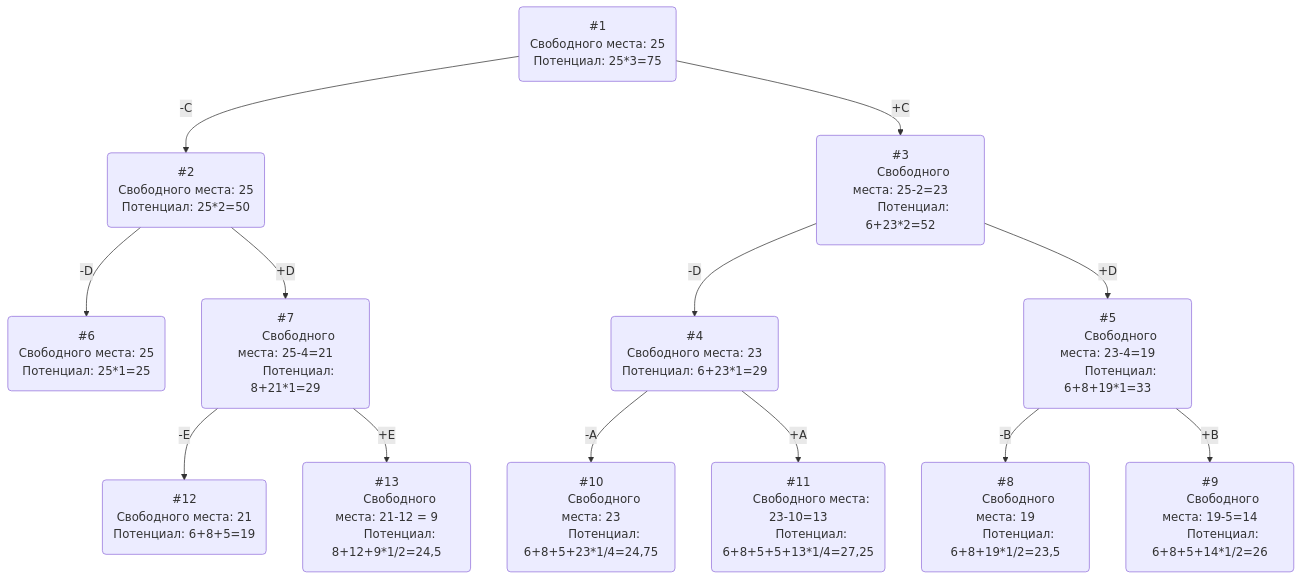
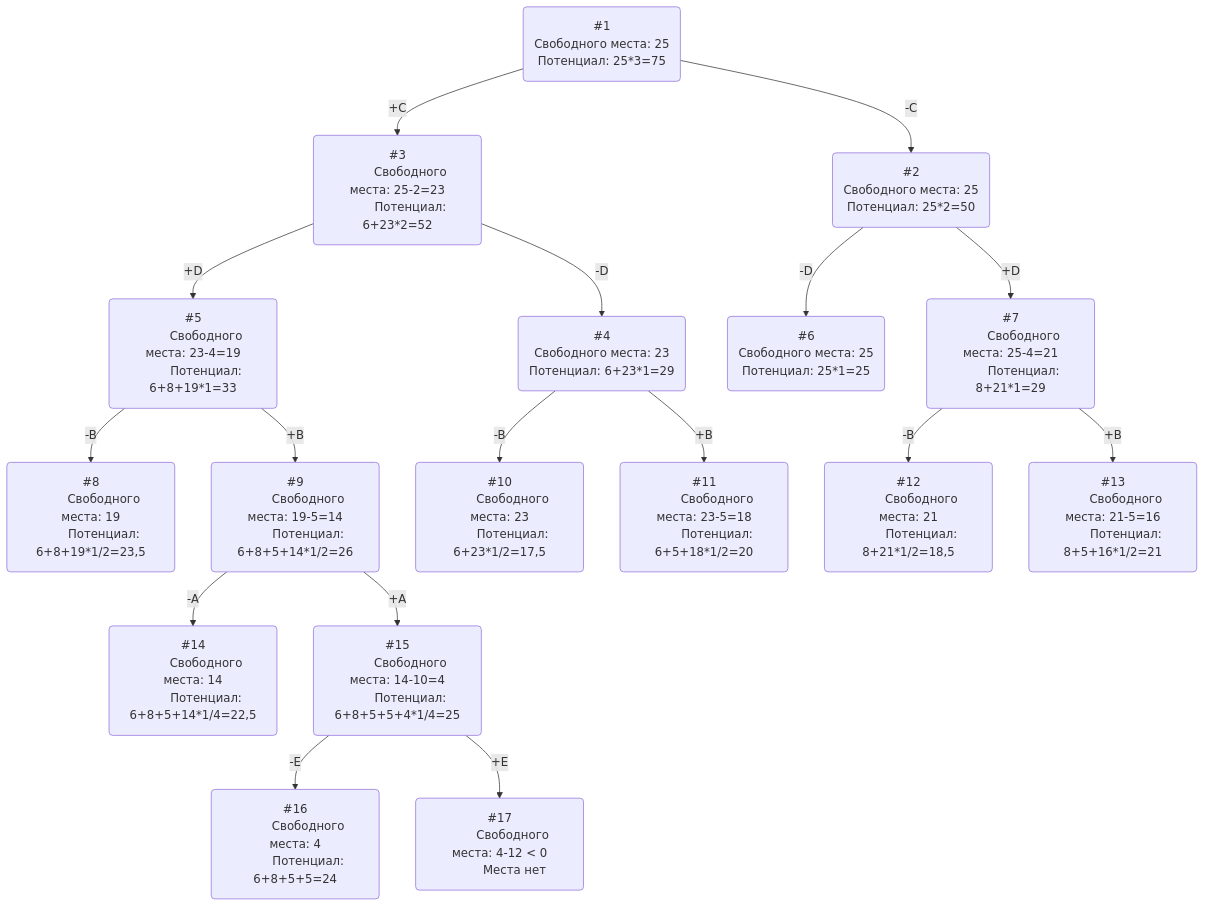
One commit to hse-algo-24-raven/manual-tasks-raven changed the diagram in task-11/pustobek.md. Above: the diagram before and after it, drawn with Mermaid. The commit also changed other lines of this file, not shown here.

Commit message:
Final solution

````diff
--- a/task-11/pustobek.md
+++ b/task-11/pustobek.md
@@ -42,51 +42,68 @@
 ```mermaid
 graph TB
     1(#1
         Свободного места: 25
         Потенциал: 25*3=75)--> |-C|2(#2
                         Свободного места: 25
                         Потенциал: 25*2=50)
     1-->|+C|3(#3
         Свободного места: 25-2=23
         Потенциал: 6+23*2=52)
     
     3-->|-D|4(#4
         Свободного места: 23
         Потенциал: 6+23*1=29)
 
     3-->|+D|5(#5
         Свободного места: 23-4=19
         Потенциал: 6+8+19*1=33)
 
     2-->|-D|6(#6
         Свободного места: 25
         Потенциал: 25*1=25)
 
     2-->|+D|7(#7
         Свободного места: 25-4=21
         Потенциал: 8+21*1=29)
 
     5-->|-B|8(#8
         Свободного места: 19
         Потенциал: 6+8+19*1/2=23,5)
 
     5-->|+B|9(#9
         Свободного места: 19-5=14
         Потенциал: 6+8+5+14*1/2=26)
 
-    4-->|-A|10(#10
+    4-->|-B|10(#10
         Свободного места: 23
-        Потенциал: 6+8+5+23*1/4=24,75)
+        Потенциал: 6+23*1/2=17,5)
 
-    4-->|+A|11(#11
-        Свободного места: 23-10=13
-        Потенциал: 6+8+5+5+13*1/4=27,25)
+    4-->|+B|11(#11
+        Свободного места: 23-5=18
+        Потенциал: 6+5+18*1/2=20)
 
-    7-->|-E|12(#12
+    7-->|-B|12(#12
         Свободного места: 21
-        Потенциал: 6+8+5=19)
+        Потенциал: 8+21*1/2=18,5)
 
-    7-->|+E|13(#13
-        Свободного места: 21-12 = 9
-        Потенциал: 8+12+9*1/2=24,5)
+    7-->|+B|13(#13
+        Свободного места: 21-5=16
+        Потенциал: 8+5+16*1/2=21)
+
+    9-->|-A|14(#14
+        Свободного места: 14
+        Потенциал: 6+8+5+14*1/4=22,5)
+
+    9-->|+A|15(#15
+        Свободного места: 14-10=4
+        Потенциал: 6+8+5+5+4*1/4=25)
+
+    15-->|-E|16(#16
+        Свободного места: 4
+        Потенциал: 6+8+5+5=24)
+
+    15-->|+E|17(#17
+        Свободного места: 4-12 < 0
+        Места нет)
+
 ```
````
